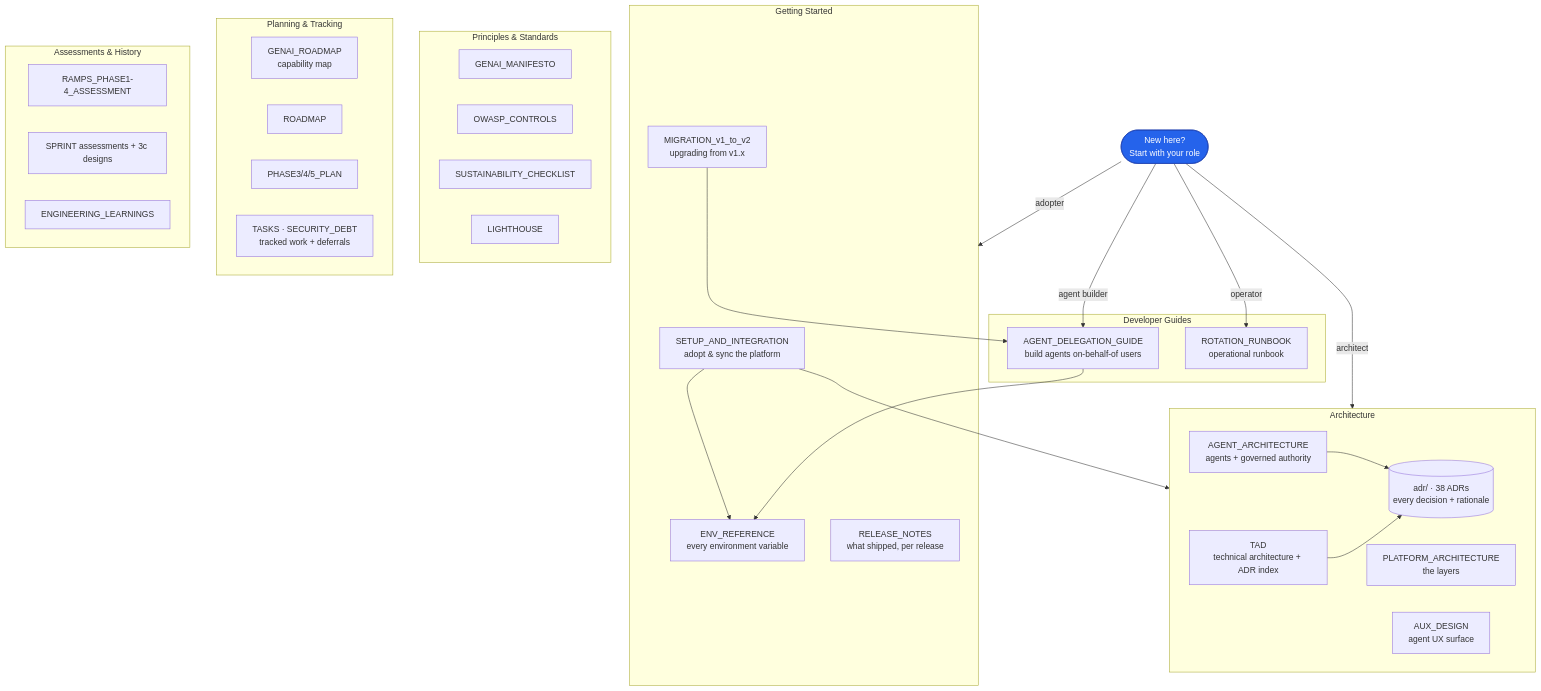
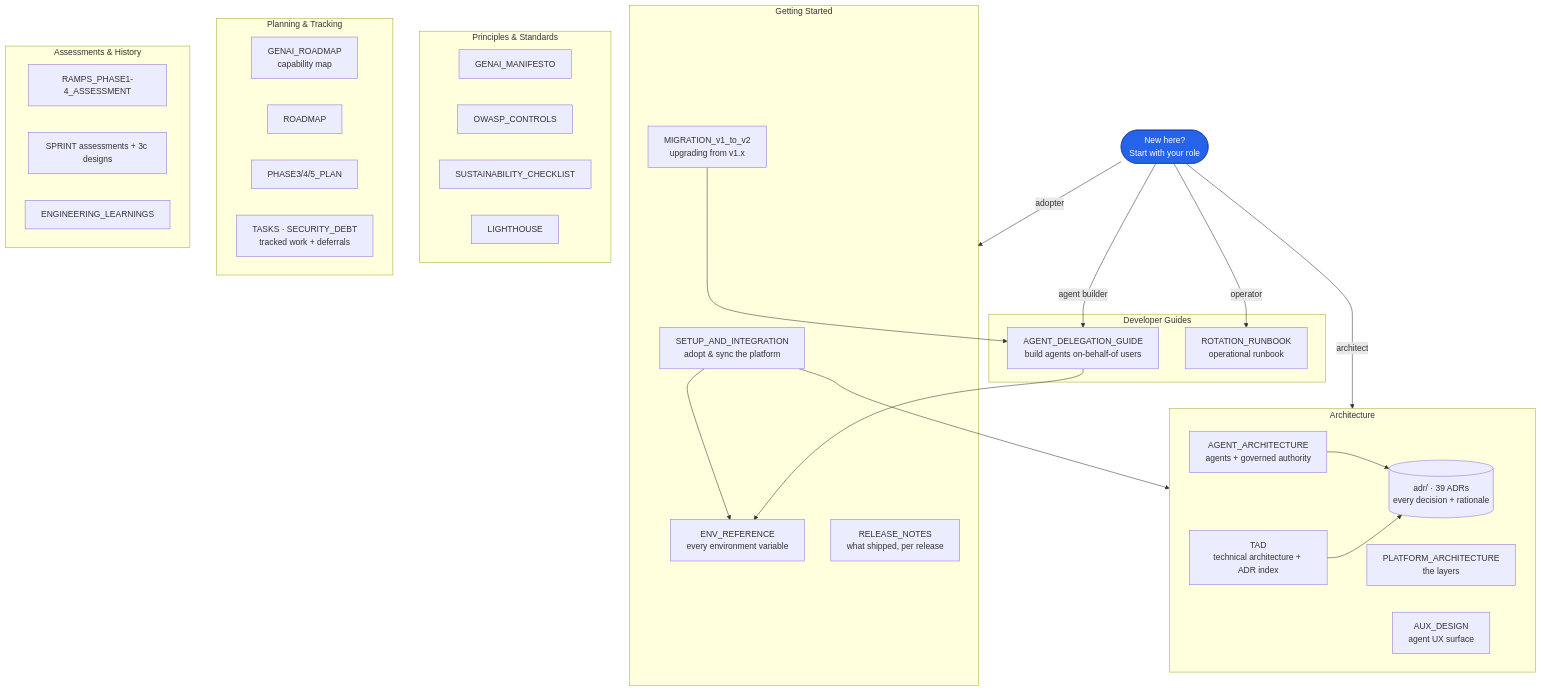
The diagram in docs/README.md (Datankare/platform-foundation), drawn with Mermaid before and after one commit. The commit also changed other lines of this file and 2 other files, not shown here.

Commit message:
docs(phase5): accept ADR-039 — agent registry unification (Sprint 4 Track F)
The runtime registry (listAgents) becomes the single source of truth for what agents
exist, and every agent runs on the governed runtime. The governed goal-loop already
exists (workflow-loop.ts, ADR-030: runGoal/advanceGoal), so reshaping the bespoke
admin planners is a port that deletes their hand-rolled loop + approval, not a runtime
extension. With no production users, Track F reshapes now rather than grandfathering:
Option A, zero bespoke, no allowlist.

D5 makes it binding: a CI guard fails any commit that leaves an agent unregistered or
running a bespoke loop. Track F: F1 Sentinel, F2 the two planners, F3 Conductor +
processing units, F4 the guard, F5 the AGENT_ARCHITECTURE backfill.

Index ADR-039 in TAD, bump README ADR count 38 -> 39, refresh the TAD footer (L16).

````diff
--- a/docs/README.md
+++ b/docs/README.md
@@ -23,59 +23,59 @@
 ```mermaid
 graph TD
     START([New here?<br/>Start with your role])
 
     subgraph GS["Getting Started"]
         SETUP[SETUP_AND_INTEGRATION<br/>adopt & sync the platform]
         ENV[ENV_REFERENCE<br/>every environment variable]
         MIG[MIGRATION_v1_to_v2<br/>upgrading from v1.x]
         REL[RELEASE_NOTES<br/>what shipped, per release]
     end
 
     subgraph ARCH["Architecture"]
         TAD[TAD<br/>technical architecture + ADR index]
         PLAT[PLATFORM_ARCHITECTURE<br/>the layers]
         AGENT[AGENT_ARCHITECTURE<br/>agents + governed authority]
         AUX[AUX_DESIGN<br/>agent UX surface]
-        ADR[(adr/ · 38 ADRs<br/>every decision + rationale)]
+        ADR[(adr/ · 39 ADRs<br/>every decision + rationale)]
     end
 
     subgraph GUIDES["Developer Guides"]
         DELEG[AGENT_DELEGATION_GUIDE<br/>build agents on-behalf-of users]
         ROT[ROTATION_RUNBOOK<br/>operational runbook]
     end
 
     subgraph PRINCIPLES["Principles & Standards"]
         MAN[GENAI_MANIFESTO]
         OWASP[OWASP_CONTROLS]
         SUS[SUSTAINABILITY_CHECKLIST]
         LIGHT[LIGHTHOUSE]
     end
 
     subgraph PLANNING["Planning & Tracking"]
         ROAD[GENAI_ROADMAP<br/>capability map]
         ROADMAP[ROADMAP]
         PHASE[PHASE3/4/5_PLAN]
         TASKS[TASKS · SECURITY_DEBT<br/>tracked work + deferrals]
     end
 
     subgraph HISTORY["Assessments & History"]
         RAMPS[RAMPS_PHASE1-4_ASSESSMENT]
         SPRINT[SPRINT assessments + 3c designs]
         LEARN[ENGINEERING_LEARNINGS]
     end
 
     START -->|adopter| GS
     START -->|architect| ARCH
     START -->|agent builder| DELEG
     START -->|operator| ROT
 
     SETUP --> ENV
     SETUP --> ARCH
     DELEG --> ENV
     AGENT --> ADR
     TAD --> ADR
     MIG --> DELEG
 
     classDef start fill:#2563eb,stroke:#1e40af,color:#fff
     class START start
 ```
````
